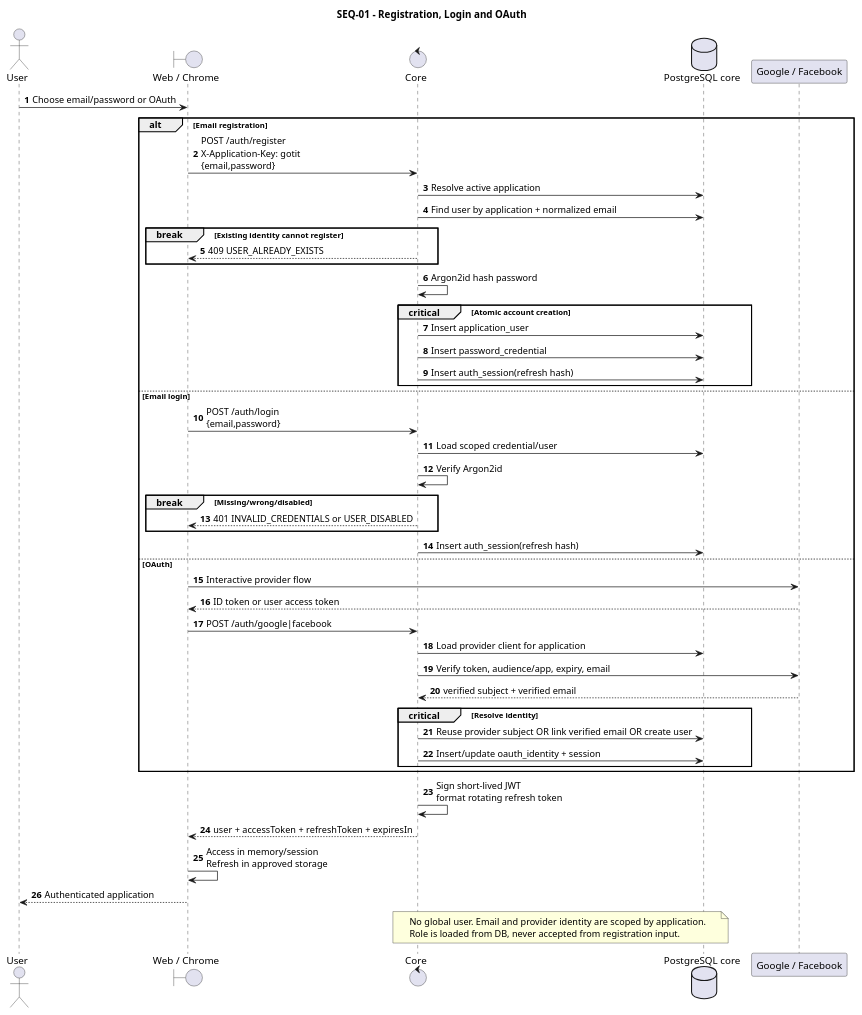
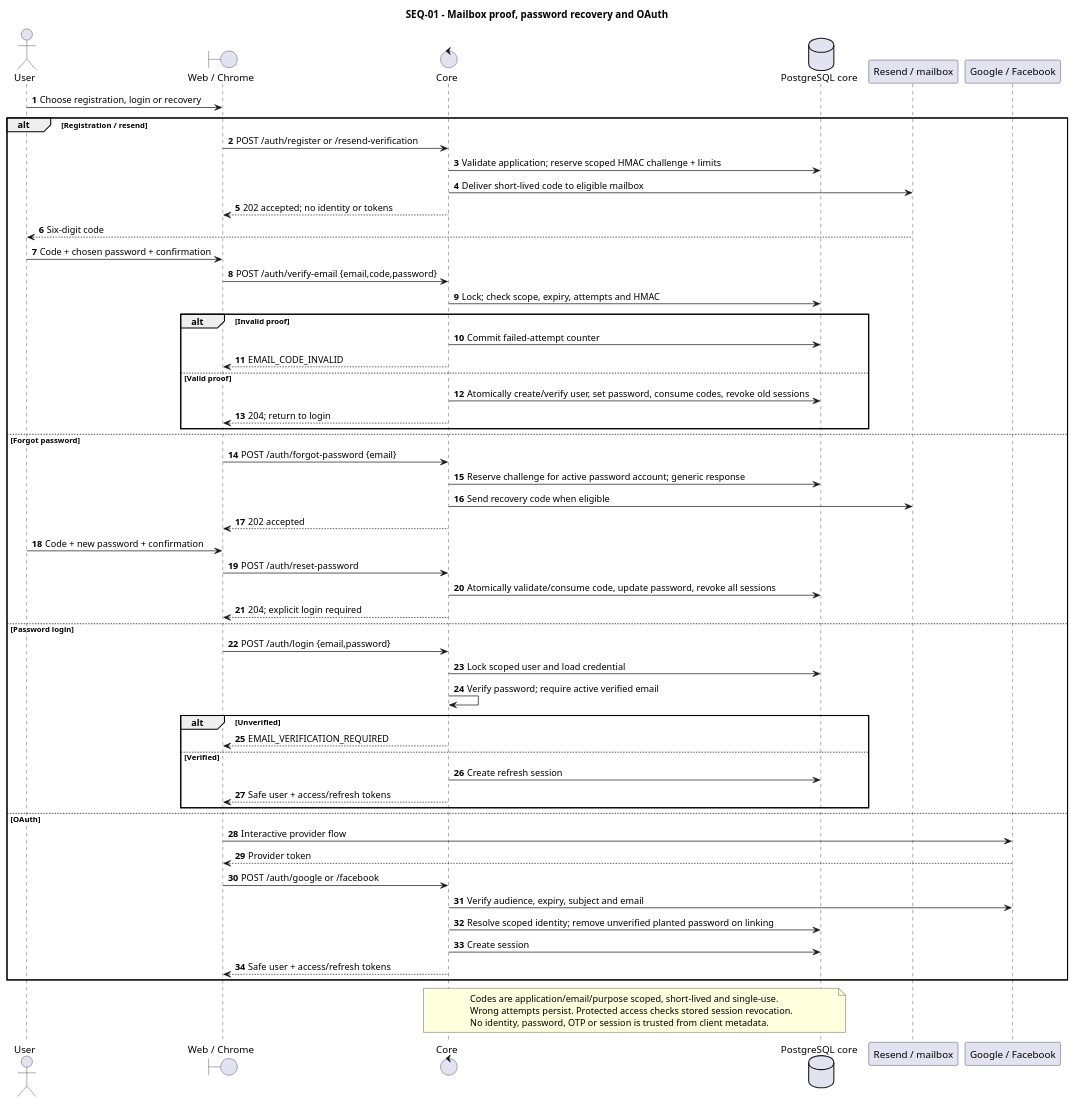
Before and after one commit to rbaseapp/gotit-project-spec: the diagram in uml/01-authentication.puml, drawn with PlantUML. The commit also changed other lines of this file and 18 other files, not shown here.

First line of the commit message:
Document Core email proof and password recovery

```diff
--- a/uml/01-authentication.puml
+++ b/uml/01-authentication.puml
@@ -1,52 +1,60 @@
 @startuml
-title SEQ-01 - Registration, Login and OAuth
+title SEQ-01 - Mailbox proof, password recovery and OAuth
 autonumber
 actor User
 boundary Client as "Web / Chrome"
 control Core
 database CoreDB as "PostgreSQL core"
+participant Mail as "Resend / mailbox"
 participant OAuth as "Google / Facebook"
-
-User -> Client: Choose email/password or OAuth
-alt Email registration
-  Client -> Core: POST /auth/register\nX-Application-Key: gotit\n{email,password}
-  Core -> CoreDB: Resolve active application
-  Core -> CoreDB: Find user by application + normalized email
-  break Existing identity cannot register
-    Core --> Client: 409 USER_ALREADY_EXISTS
+User -> Client: Choose registration, login or recovery
+alt Registration / resend
+  Client -> Core: POST /auth/register or /resend-verification
+  Core -> CoreDB: Validate application; reserve scoped HMAC challenge + limits
+  Core -> Mail: Deliver short-lived code to eligible mailbox
+  Core --> Client: 202 accepted; no identity or tokens
+  Mail --> User: Six-digit code
+  User -> Client: Code + chosen password + confirmation
+  Client -> Core: POST /auth/verify-email {email,code,password}
+  Core -> CoreDB: Lock; check scope, expiry, attempts and HMAC
+  alt Invalid proof
+    Core -> CoreDB: Commit failed-attempt counter
+    Core --> Client: EMAIL_CODE_INVALID
+  else Valid proof
+    Core -> CoreDB: Atomically create/verify user, set password, consume codes, revoke old sessions
+    Core --> Client: 204; return to login
   end
-  Core -> Core: Argon2id hash password
-  critical Atomic account creation
-    Core -> CoreDB: Insert application_user
-    Core -> CoreDB: Insert password_credential
-    Core -> CoreDB: Insert auth_session(refresh hash)
+else Forgot password
+  Client -> Core: POST /auth/forgot-password {email}
+  Core -> CoreDB: Reserve challenge for active password account; generic response
+  Core -> Mail: Send recovery code when eligible
+  Core --> Client: 202 accepted
+  User -> Client: Code + new password + confirmation
+  Client -> Core: POST /auth/reset-password
+  Core -> CoreDB: Atomically validate/consume code, update password, revoke all sessions
+  Core --> Client: 204; explicit login required
+else Password login
+  Client -> Core: POST /auth/login {email,password}
+  Core -> CoreDB: Lock scoped user and load credential
+  Core -> Core: Verify password; require active verified email
+  alt Unverified
+    Core --> Client: EMAIL_VERIFICATION_REQUIRED
+  else Verified
+    Core -> CoreDB: Create refresh session
+    Core --> Client: Safe user + access/refresh tokens
   end
-else Email login
-  Client -> Core: POST /auth/login\n{email,password}
-  Core -> CoreDB: Load scoped credential/user
-  Core -> Core: Verify Argon2id
-  break Missing/wrong/disabled
-    Core --> Client: 401 INVALID_CREDENTIALS or USER_DISABLED
-  end
-  Core -> CoreDB: Insert auth_session(refresh hash)
 else OAuth
   Client -> OAuth: Interactive provider flow
-  OAuth --> Client: ID token or user access token
-  Client -> Core: POST /auth/google|facebook
-  Core -> CoreDB: Load provider client for application
-  Core -> OAuth: Verify token, audience/app, expiry, email
-  OAuth --> Core: verified subject + verified email
-  critical Resolve identity
-    Core -> CoreDB: Reuse provider subject OR link verified email OR create user
-    Core -> CoreDB: Insert/update oauth_identity + session
-  end
+  OAuth --> Client: Provider token
+  Client -> Core: POST /auth/google or /facebook
+  Core -> OAuth: Verify audience, expiry, subject and email
+  Core -> CoreDB: Resolve scoped identity; remove unverified planted password on linking
+  Core -> CoreDB: Create session
+  Core --> Client: Safe user + access/refresh tokens
 end
-Core -> Core: Sign short-lived JWT\nformat rotating refresh token
-Core --> Client: user + accessToken + refreshToken + expiresIn
-Client -> Client: Access in memory/session\nRefresh in approved storage
-Client --> User: Authenticated application
 note over Core,CoreDB
-No global user. Email and provider identity are scoped by application.
-Role is loaded from DB, never accepted from registration input.
+Codes are application/email/purpose scoped, short-lived and single-use.
+Wrong attempts persist. Protected access checks stored session revocation.
+No identity, password, OTP or session is trusted from client metadata.
 end note
 @enduml
```
